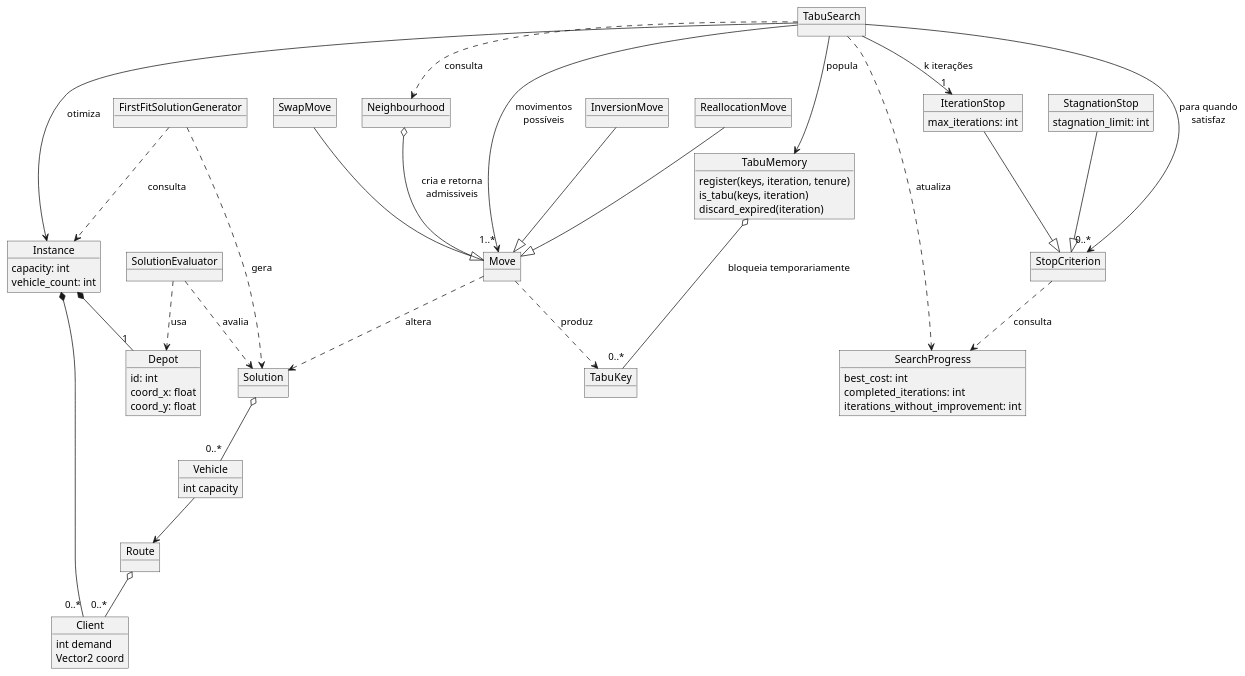
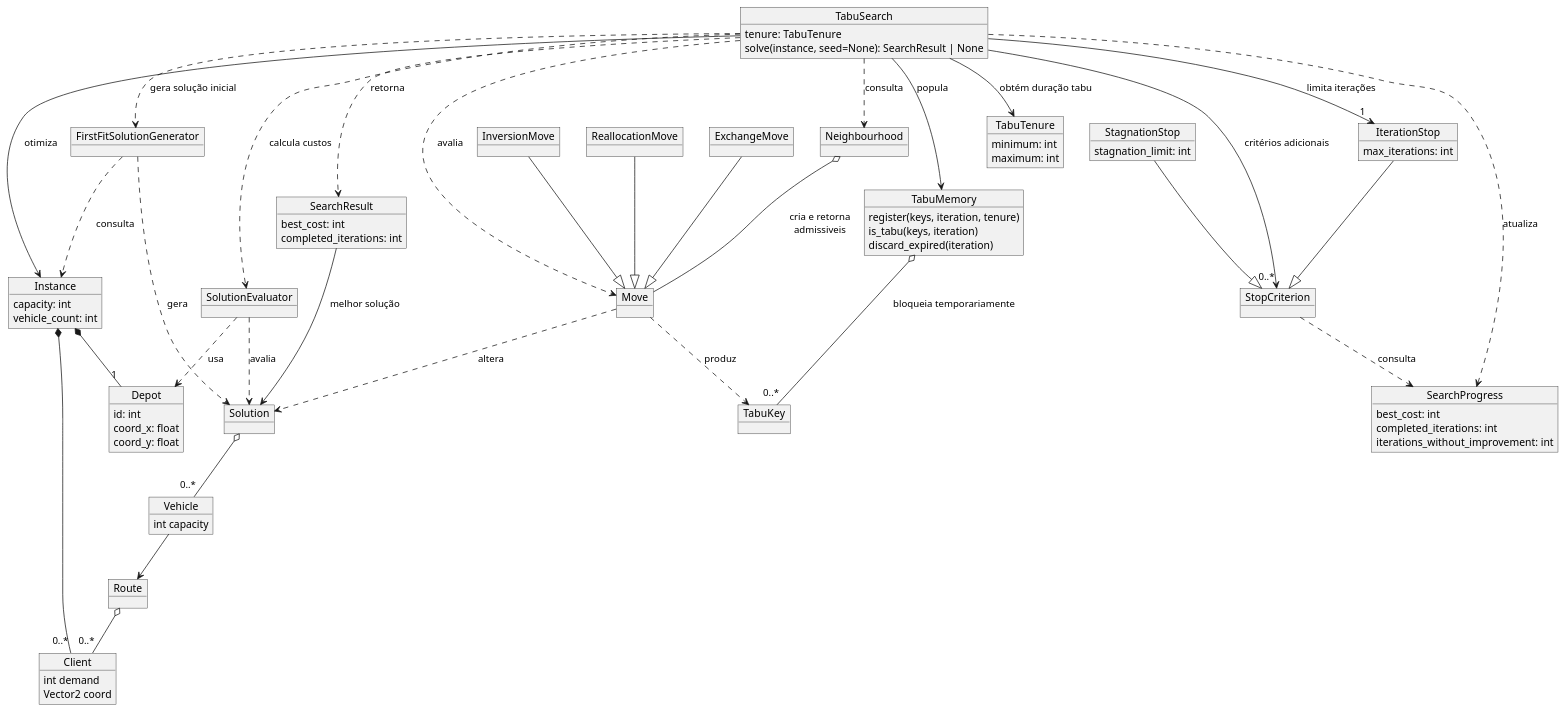
One commit to FelipePassarela/cvrp-tabu-search changed the diagram in docs/domain-model.puml. Above: the diagram before and after it, drawn with PlantUML. The commit also changed 6 other files, not shown here.

First line of the commit message:
✨ feat(search): implement tabu search

```diff
--- a/docs/domain-model.puml
+++ b/docs/domain-model.puml
@@ -1,85 +1,101 @@
 @startuml
 
-object "TabuSearch" as tabu
+object "TabuSearch" as tabu {
+    tenure: TabuTenure
+    solve(instance, seed=None): SearchResult | None
+}
+object "SearchResult" as result {
+    best_cost: int
+    completed_iterations: int
+}
 object "Instance" as inst {
     capacity: int
     vehicle_count: int
 }
 
 object "Move" as move
 object "InversionMove" as invmo
 object "ReallocationMove" as remo
-object "SwapMove" as smove
+object "ExchangeMove" as smove
 object "Neighbourhood" as neigh
 
 object "TabuMemory" as tlist {
     register(keys, iteration, tenure)
     is_tabu(keys, iteration)
     discard_expired(iteration)
+}
+object "TabuTenure" as tenure {
+    minimum: int
+    maximum: int
 }
 object "TabuKey" as tkey
 
 object "StopCriterion" as stop
 object "IterationStop" as istop {
     max_iterations: int
 }
 object "StagnationStop" as stagstop {
     stagnation_limit: int
 }
 object "SearchProgress" as progress {
     best_cost: int
     completed_iterations: int
     iterations_without_improvement: int
 }
 
 object "Client" as client {
     int demand
     Vector2 coord
 }
 object "Depot" as depot {
     id: int
     coord_x: float
     coord_y: float
 }
 object "Route" as rote
 object "Vehicle" as vehi {
     int capacity
 }
 
 object "Solution" as sol
 object "FirstFitSolutionGenerator" as solgen
 object "SolutionEvaluator" as eval
 
 inst *-- "0..*" client
 inst *-- "1" depot
 tabu --> inst : otimiza
+tabu ..> result : retorna
+result --> sol : melhor solução
 
 smove --|> move
 remo --|> move
 invmo --|> move
 move ..> sol : altera
 neigh o-- move : cria e retorna\nadmissiveis
-tabu --> "1..*" move : movimentos\npossíveis
+tabu ..> move : avalia
 tabu ..> neigh : consulta
 
 istop --|> stop
 stagstop --|> stop
 stop ..> progress : consulta
 tabu ..> progress : atualiza
-tabu --> "0..*" stop : para quando\nsatisfaz
-tabu --> "1" istop : k iterações
+tabu --> "0..*" stop : critérios adicionais
+tabu --> "1" istop : limita iterações
 
 rote o-- "0..*" client
 vehi --> rote
 
 sol o-- "0..*" vehi
 solgen ..> sol : gera
 solgen ..> inst : consulta
 eval ..> sol : avalia
 eval ..> depot : usa
+tabu ..> solgen : gera solução inicial
+tabu ..> eval : calcula custos
 
 move ..> tkey : produz
 tlist o-- "0..*" tkey : bloqueia temporariamente
 tabu --> tlist : popula
+tabu --> tenure : obtém duração tabu
 
 @enduml
```
